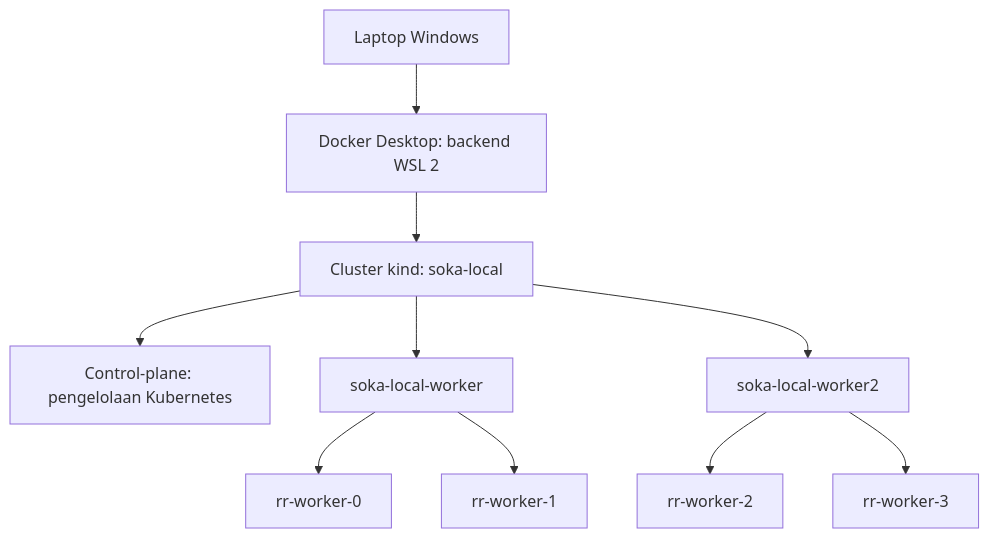
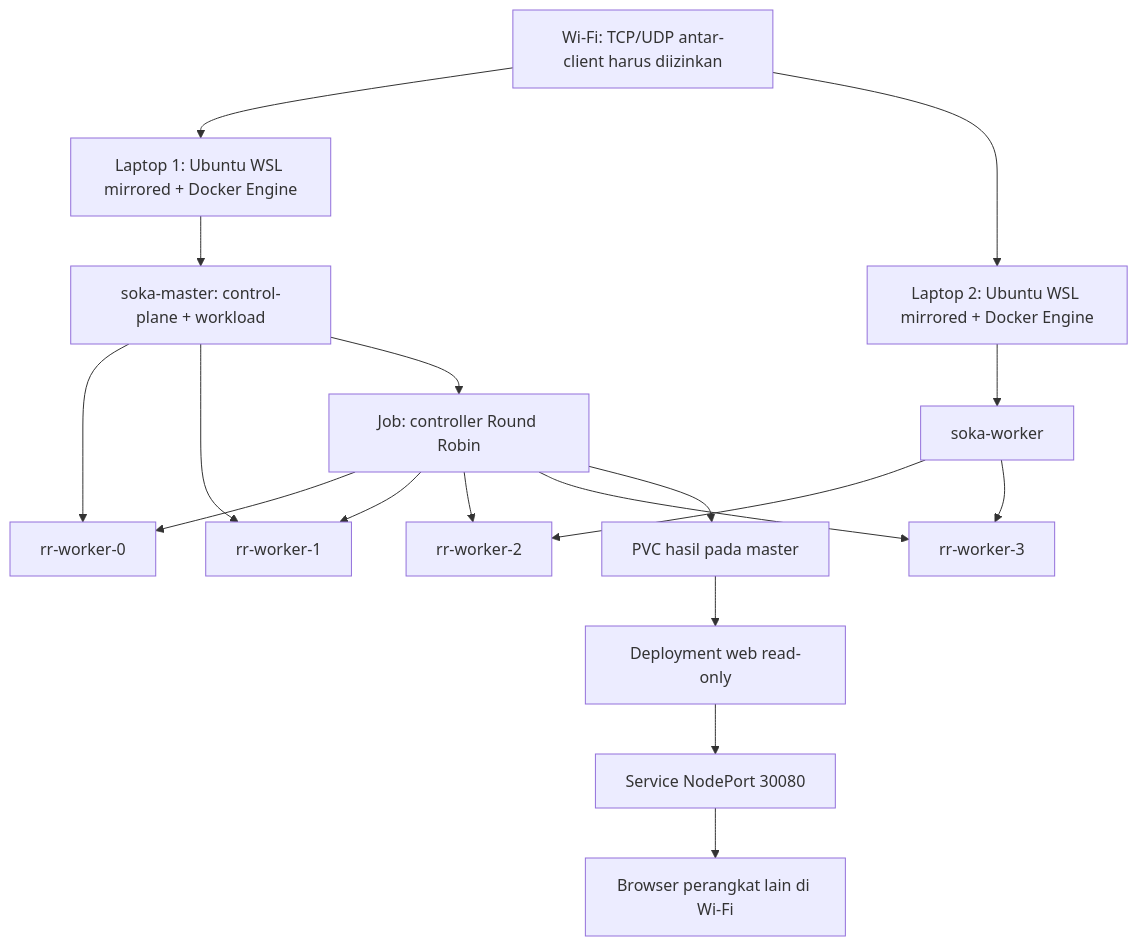
One commit to tiarafthzzhr/TASK_SCHEDULING_HEURISTIK_SOKA_KEL5 changed the first of 2 diagrams in docs/alur-kubernetes.md. Above: the diagram before and after it, drawn with Mermaid. The commit also changed other lines of this file and 20 other files, not shown here.

Commit message:
Tambahkan K3s Docker dua laptop, Job RR dan layanan hasil

````diff
--- a/docs/alur-kubernetes.md
+++ b/docs/alur-kubernetes.md
@@ -9,12 +5,20 @@
 ```mermaid
 flowchart TD
-    Laptop["Laptop Windows"] --> Docker["Docker Desktop: backend WSL 2"]
-    Docker --> Cluster["Cluster kind: soka-local"]
-    Cluster --> CP["Control-plane: pengelolaan Kubernetes"]
-    Cluster --> N1["soka-local-worker"]
-    Cluster --> N2["soka-local-worker2"]
-    N1 --> P0["rr-worker-0"]
-    N1 --> P1["rr-worker-1"]
-    N2 --> P2["rr-worker-2"]
-    N2 --> P3["rr-worker-3"]
+    N["Wi-Fi: TCP/UDP antar-client harus diizinkan"] --> L1["Laptop 1: Ubuntu WSL mirrored + Docker Engine"]
+    N --> L2["Laptop 2: Ubuntu WSL mirrored + Docker Engine"]
+    L1 --> M["soka-master: control-plane + workload"]
+    L2 --> W["soka-worker"]
+    M --> P0["rr-worker-0"]
+    M --> P1["rr-worker-1"]
+    W --> P2["rr-worker-2"]
+    W --> P3["rr-worker-3"]
+    M --> J["Job: controller Round Robin"]
+    J --> P0
+    J --> P1
+    J --> P2
+    J --> P3
+    J --> V["PVC hasil pada master"]
+    V --> S["Deployment web read-only"]
+    S --> H["Service NodePort 30080"]
+    H --> B["Browser perangkat lain di Wi-Fi"]
 ```
````
